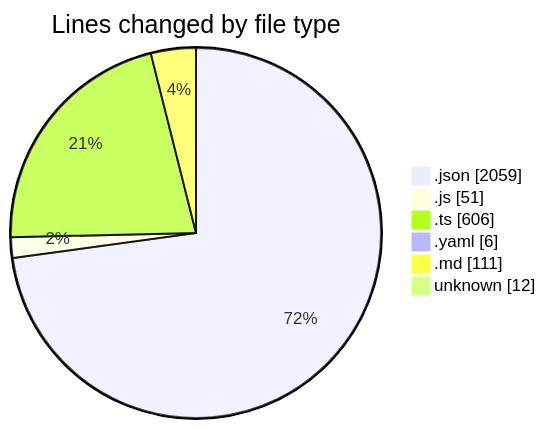
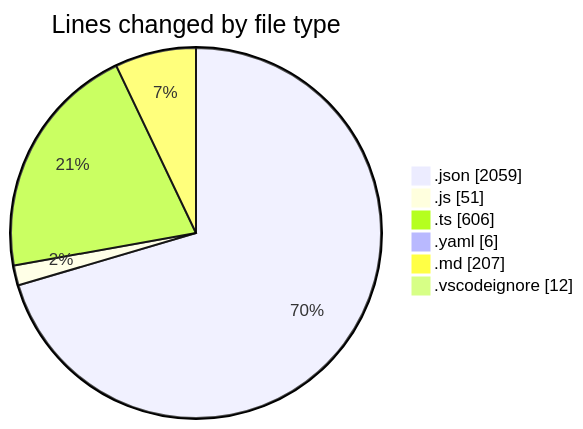
One commit to ernivani/code-tracking changed the first of 2 diagrams in 2024-12-29/my-code-activity-ext/README.md. Above: the diagram before and after it, drawn with Mermaid. The commit also changed other lines of this file and 2 other files, not shown here.

````diff
--- a/2024-12-29/my-code-activity-ext/README.md
+++ b/2024-12-29/my-code-activity-ext/README.md
@@ -32,10 +33,10 @@
 ```mermaid
 pie showData
 title Lines changed by file type
 ".json" : 2059
 ".js" : 51
 ".ts" : 606
 ".yaml" : 6
-".md" : 111
-"unknown" : 12
+".md" : 207
+".vscodeignore" : 12
 ```
````
